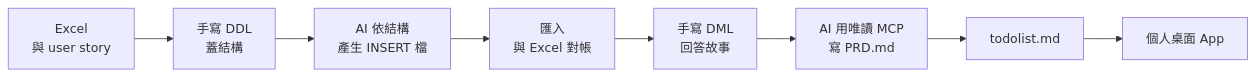
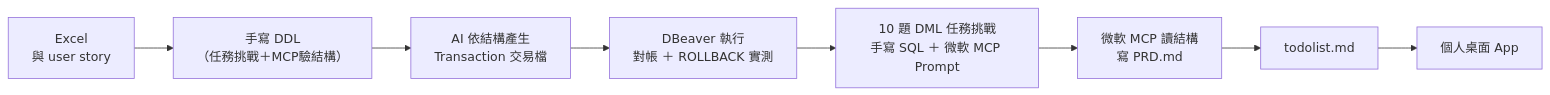
Before and after one commit to roberthsu2003/postgreSQL_MCP: the diagram in app_projects/實戰專案大綱.md, drawn with Mermaid. The commit also changed other lines of this file and 95 other files, not shown here.

````diff
--- a/app_projects/實戰專案大綱.md
+++ b/app_projects/實戰專案大綱.md
@@ -35,10 +35,10 @@
 ```mermaid
 flowchart LR
-    A["Excel<br>與 user story"] --> B["手寫 DDL<br>蓋結構"]
-    B --> C["AI 依結構<br>產生 INSERT 檔"]
-    C --> D["匯入<br>與 Excel 對帳"]
-    D --> E["手寫 DML<br>回答故事"]
-    E --> F["AI 用唯讀 MCP<br>寫 PRD.md"]
+    A["Excel<br>與 user story"] --> B["手寫 DDL<br>（任務挑戰＋MCP驗結構）"]
+    B --> C["AI 依結構產生<br>Transaction 交易檔"]
+    C --> D["DBeaver 執行<br>對帳 ＋ ROLLBACK 實測"]
+    D --> E["10 題 DML 任務挑戰<br>手寫 SQL ＋ 微軟 MCP Prompt"]
+    E --> F["微軟 MCP 讀結構<br>寫 PRD.md"]
     F --> G["todolist.md"]
     G --> H["個人桌面 App"]
 ```
````
